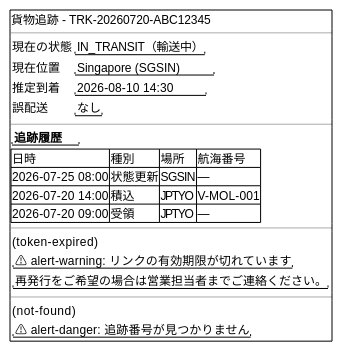
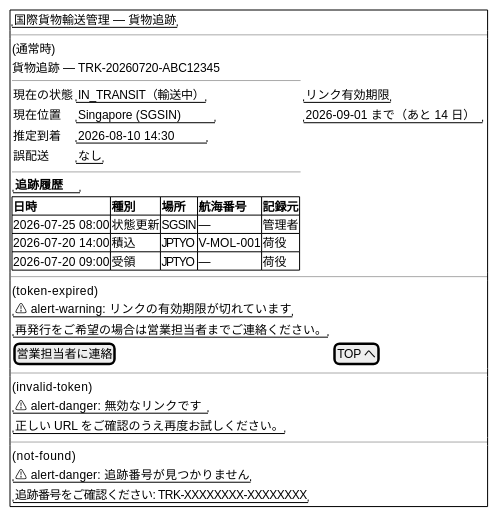
The seventh of 10 diagrams in docs/development/iteration_plan-6.md (k2works/case-study-cargo-tracker), drawn with PlantUML before and after one commit. The commit also changed other lines of this file, not shown here.

````diff
--- a/docs/development/iteration_plan-6.md
+++ b/docs/development/iteration_plan-6.md
@@ -448,34 +577,51 @@
 ```plantuml
 @startsalt
 {+
-  貨物追跡 - TRK-20260720-ABC12345
+  ' 公開画面: ログイン不要・簡素なヘッダー（ロゴ + 配送業者名のみ）
+  "国際貨物輸送管理 — 貨物追跡"
   ---
-  ' 通常時
-  {
-    現在の状態 | "IN_TRANSIT（輸送中）"
-    現在位置 | "Singapore (SGSIN)"
-    推定到着 | "2026-08-10 14:30"
-    誤配送 | "なし"
+  ' 通常時（トークン有効・追跡番号存在）
+  {(通常時)
+    貨物追跡 — TRK-20260720-ABC12345
+    ---
+    {
+      現在の状態 | "IN_TRANSIT（輸送中）"
+      現在位置 | "Singapore (SGSIN)"
+      推定到着 | "2026-08-10 14:30"
+      誤配送 | "なし"
+    } |
+    {
+      "リンク有効期限"
+      "2026-09-01 まで（あと 14 日）"
+    }
+    ---
+    "**追跡履歴**"
+    {#
+      **日時** | **種別** | **場所** | **航海番号** | **記録元**
+      2026-07-25 08:00 | 状態更新 | SGSIN | — | 管理者
+      2026-07-20 14:00 | 積込 | JPTYO | V-MOL-001 | 荷役
+      2026-07-20 09:00 | 受領 | JPTYO | — | 荷役
+    }
   }
   ---
-  "**追跡履歴**"
-  {#
-    日時 | 種別 | 場所 | 航海番号
-    2026-07-25 08:00 | 状態更新 | SGSIN | —
-    2026-07-20 14:00 | 積込 | JPTYO | V-MOL-001
-    2026-07-20 09:00 | 受領 | JPTYO | —
-  }
-  ---
-  ' トークン期限切れ時
+  ' トークン期限切れ時（exp 経過 or delivered_at + 7 日経過）
   {(token-expired)
     "⚠ alert-warning: リンクの有効期限が切れています"
     "再発行をご希望の場合は営業担当者までご連絡ください。"
+    [営業担当者に連絡] | [TOP へ]
+  }
+  ---
+  ' トークン署名不正・改ざん時
+  {(invalid-token)
+    "⚠ alert-danger: 無効なリンクです"
+    "正しい URL をご確認のうえ再度お試しください。"
   }
   ---
   ' 追跡番号不在時
   {(not-found)
     "⚠ alert-danger: 追跡番号が見つかりません"
+    "追跡番号をご確認ください: TRK-XXXXXXXX-XXXXXXXX"
   }
 }
 @endsalt
 ```
````
